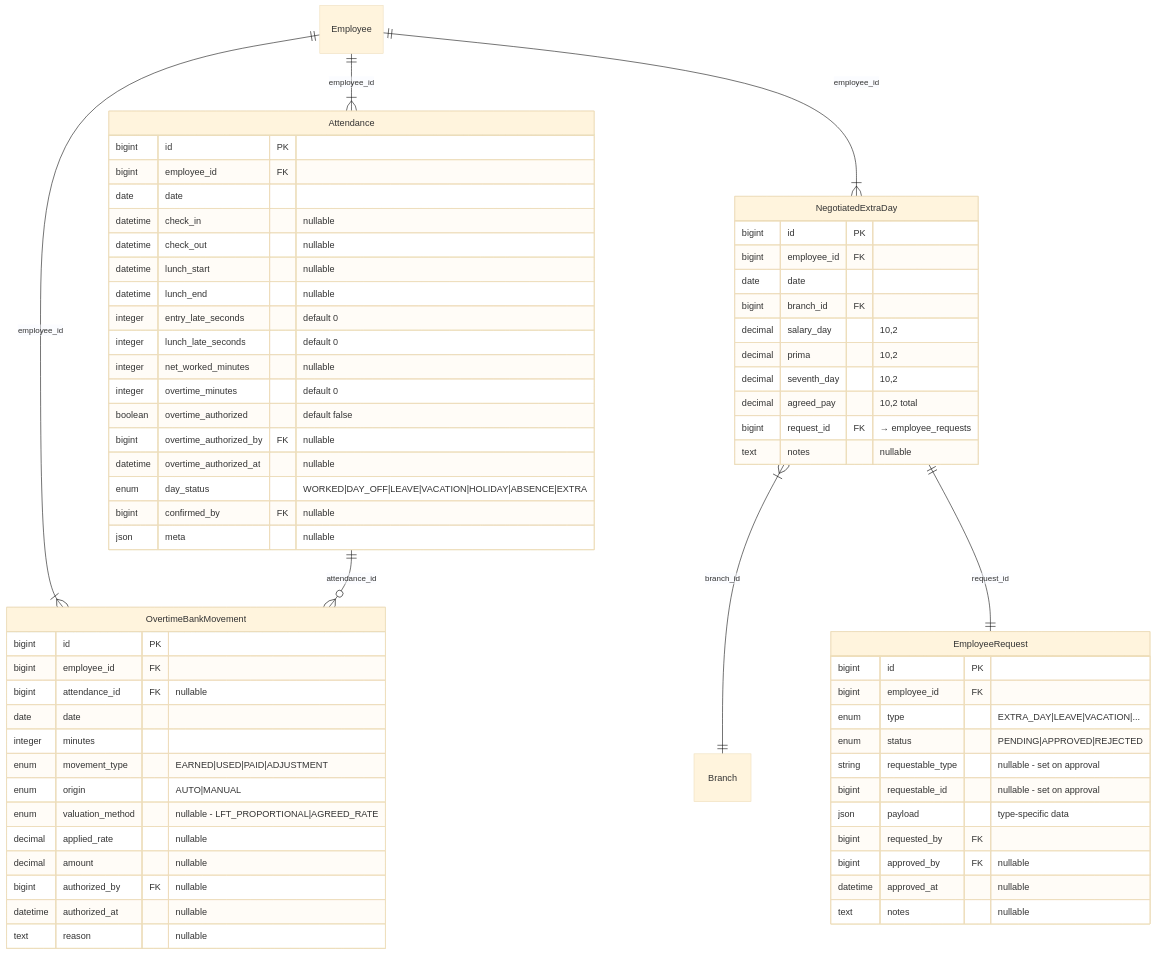
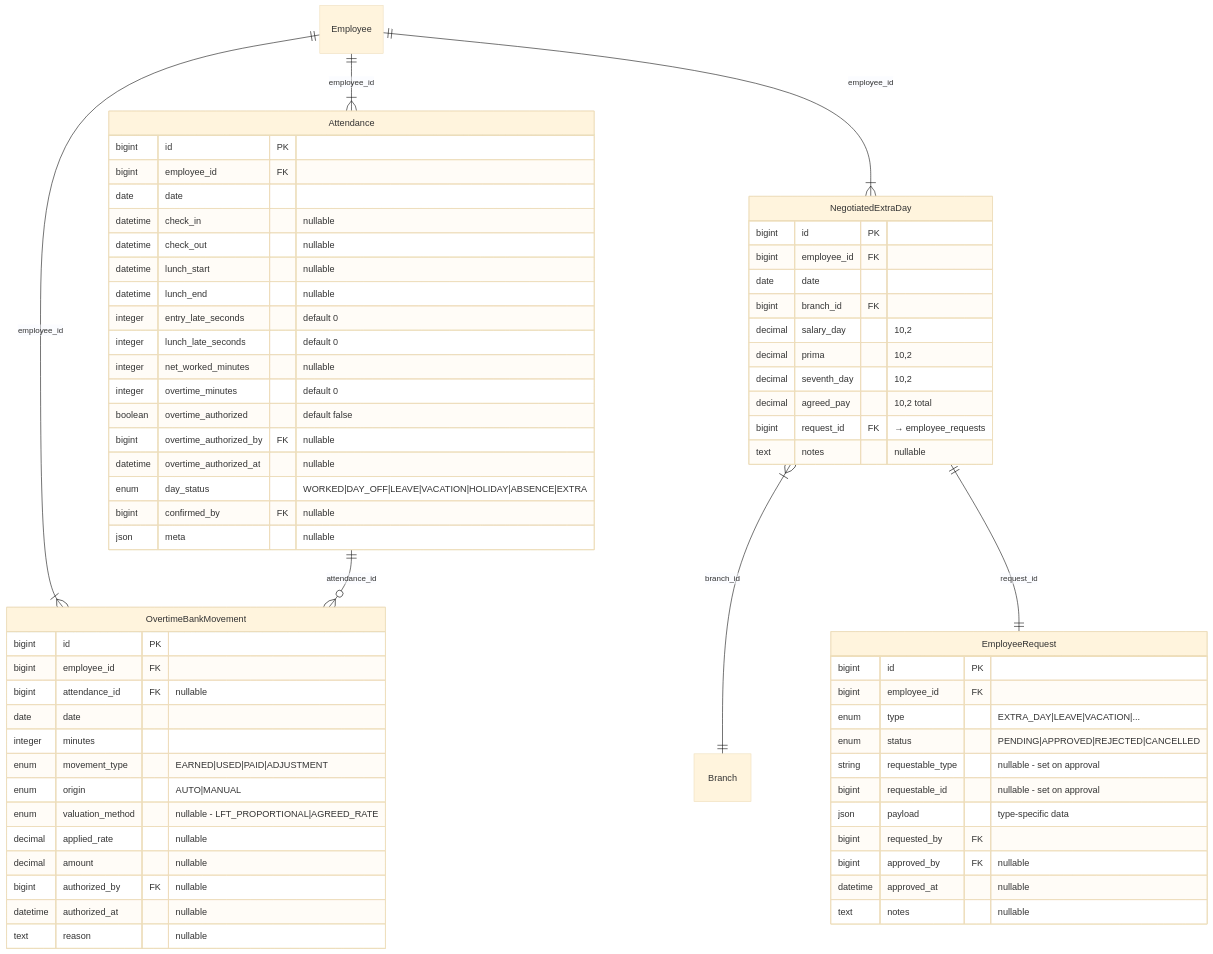
Before and after one commit to pakodiazdev/sushigo: the second of 20 diagrams in doc/modules/attendance-payroll/attendance-payroll-domain-model.en.md, drawn with Mermaid (base theme). The commit also changed other lines of this file and 3 other files, not shown here.

````diff
--- a/doc/modules/attendance-payroll/attendance-payroll-domain-model.en.md
+++ b/doc/modules/attendance-payroll/attendance-payroll-domain-model.en.md
@@ -138,74 +138,74 @@
 ```mermaid
 erDiagram
     Employee ||--|{ Attendance : "employee_id"
     Employee ||--|{ NegotiatedExtraDay : "employee_id"
     Employee ||--|{ OvertimeBankMovement : "employee_id"
 
     Attendance ||--o{ OvertimeBankMovement : "attendance_id"
 
     NegotiatedExtraDay }|--|| Branch : "branch_id"
     NegotiatedExtraDay ||--|| EmployeeRequest : "request_id"
 
     Attendance {
         bigint id PK
         bigint employee_id FK
         date date
         datetime check_in "nullable"
         datetime check_out "nullable"
         datetime lunch_start "nullable"
         datetime lunch_end "nullable"
         integer entry_late_seconds "default 0"
         integer lunch_late_seconds "default 0"
         integer net_worked_minutes "nullable"
         integer overtime_minutes "default 0"
         boolean overtime_authorized "default false"
         bigint overtime_authorized_by FK "nullable"
         datetime overtime_authorized_at "nullable"
         enum day_status "WORKED|DAY_OFF|LEAVE|VACATION|HOLIDAY|ABSENCE|EXTRA"
         bigint confirmed_by FK "nullable"
         json meta "nullable"
     }
 
     NegotiatedExtraDay {
         bigint id PK
         bigint employee_id FK
         date date
         bigint branch_id FK
         decimal salary_day "10,2"
         decimal prima "10,2"
         decimal seventh_day "10,2"
         decimal agreed_pay "10,2 total"
         bigint request_id FK "→ employee_requests"
         text notes "nullable"
     }
 
     EmployeeRequest {
         bigint id PK
         bigint employee_id FK
         enum type "EXTRA_DAY|LEAVE|VACATION|..."
-        enum status "PENDING|APPROVED|REJECTED"
+        enum status "PENDING|APPROVED|REJECTED|CANCELLED"
         string requestable_type "nullable - set on approval"
         bigint requestable_id "nullable - set on approval"
         json payload "type-specific data"
         bigint requested_by FK
         bigint approved_by FK "nullable"
         datetime approved_at "nullable"
         text notes "nullable"
     }
 
     OvertimeBankMovement {
         bigint id PK
         bigint employee_id FK
         bigint attendance_id FK "nullable"
         date date
         integer minutes
         enum movement_type "EARNED|USED|PAID|ADJUSTMENT"
         enum origin "AUTO|MANUAL"
         enum valuation_method "nullable - LFT_PROPORTIONAL|AGREED_RATE"
         decimal applied_rate "nullable"
         decimal amount "nullable"
         bigint authorized_by FK "nullable"
         datetime authorized_at "nullable"
         text reason "nullable"
     }
 ```
````
